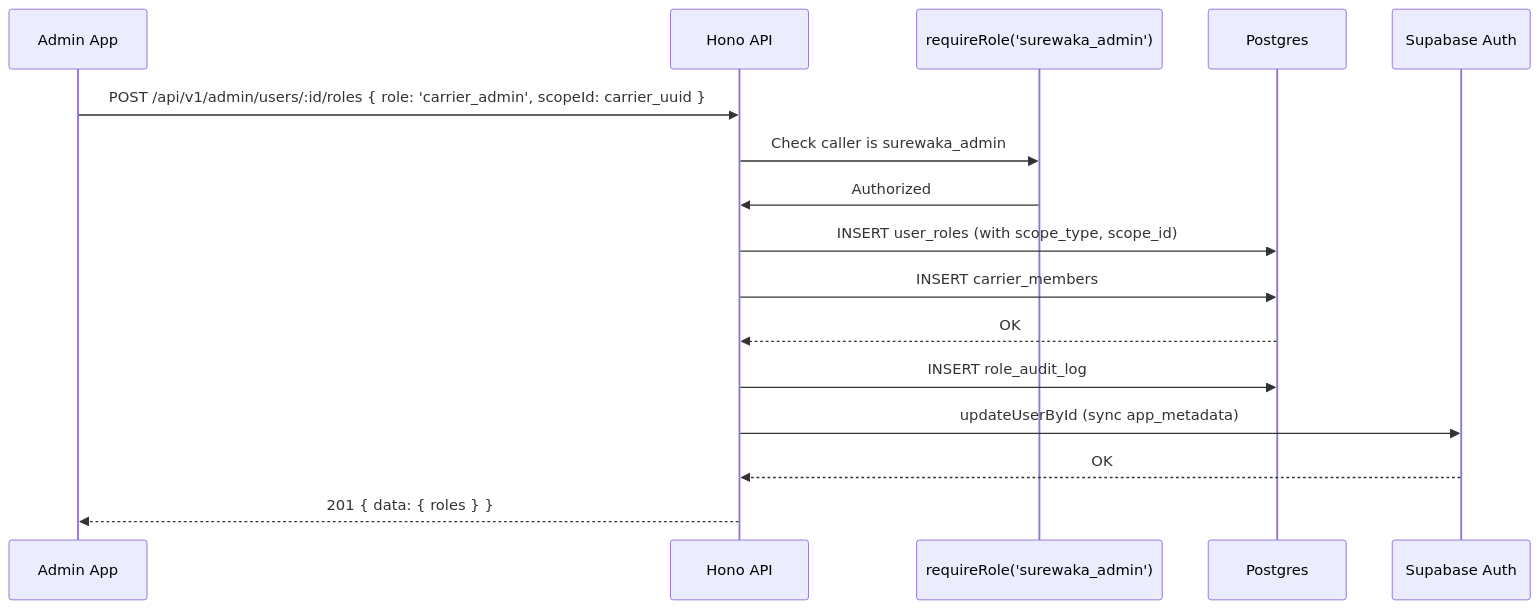
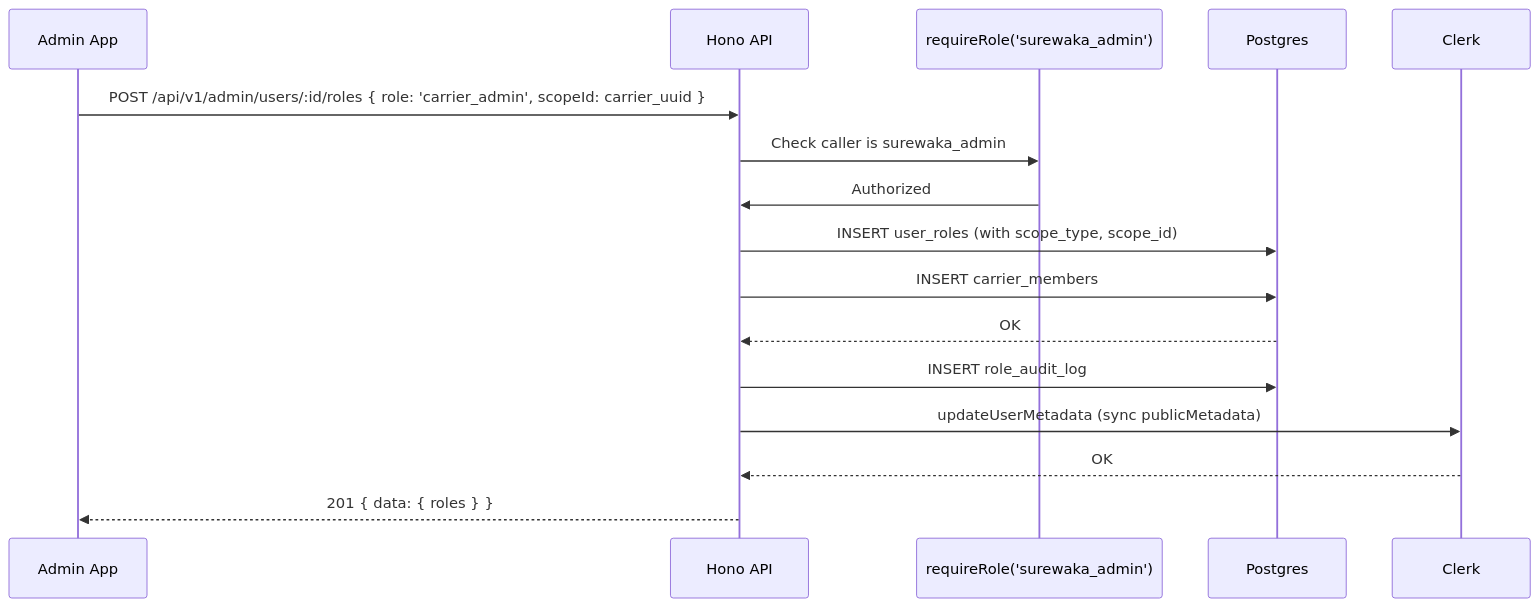
Before and after one commit to eteng/surewaka: the fourth of 5 diagrams in .kiro/specs/rbac-system/design.md, drawn with Mermaid. The commit also changed other lines of this file and 69 other files, not shown here.

````diff
--- a/.kiro/specs/rbac-system/design.md
+++ b/.kiro/specs/rbac-system/design.md
@@ -216,19 +216,19 @@
 ```mermaid
 sequenceDiagram
     participant Admin as Admin App
     participant API as Hono API
     participant RoleMW as requireRole('surewaka_admin')
     participant DB as Postgres
-    participant Supabase as Supabase Auth
+    participant Clerk
 
     Admin->>API: POST /api/v1/admin/users/:id/roles { role: 'carrier_admin', scopeId: carrier_uuid }
     API->>RoleMW: Check caller is surewaka_admin
     RoleMW->>API: Authorized
     API->>DB: INSERT user_roles (with scope_type, scope_id)
     API->>DB: INSERT carrier_members
     DB-->>API: OK
     API->>DB: INSERT role_audit_log
-    API->>Supabase: updateUserById (sync app_metadata)
-    Supabase-->>API: OK
+    API->>Clerk: updateUserMetadata (sync publicMetadata)
+    Clerk-->>API: OK
     API-->>Admin: 201 { data: { roles } }
 ```
````
